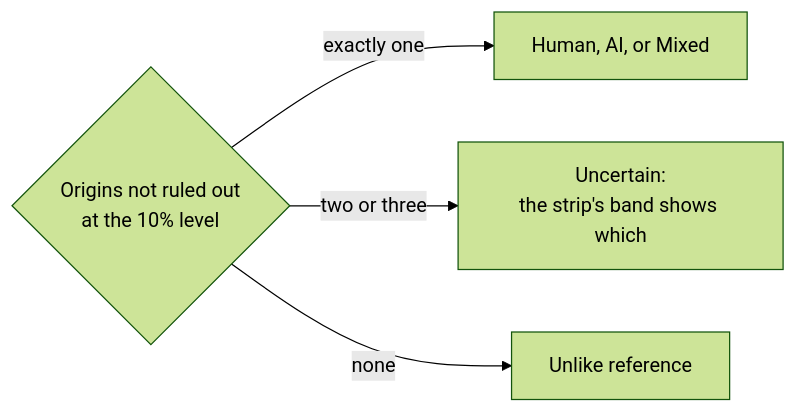
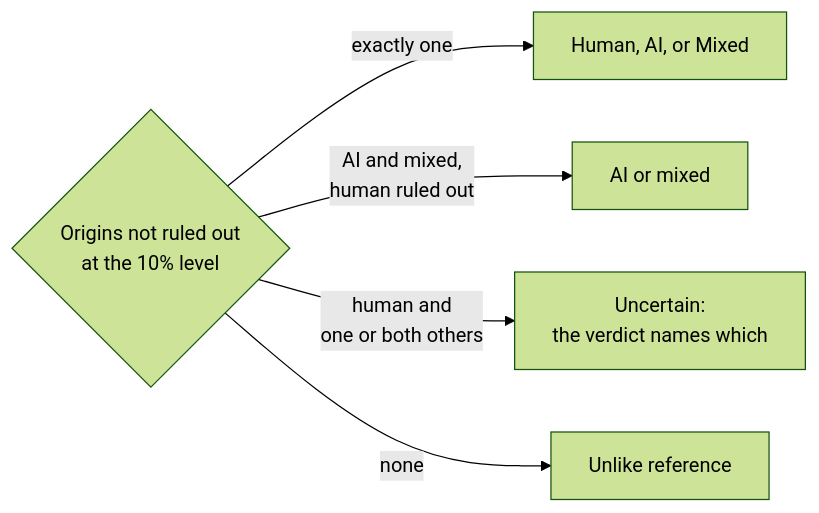
One commit to lhallee/litmus changed the diagram in docs/training/calibration.md. Above: the diagram before and after it, drawn with Mermaid (forest theme). The commit also changed other lines of this file and 131 other files, not shown here.

````diff
--- a/docs/training/calibration.md
+++ b/docs/training/calibration.md
@@ -88,6 +90,7 @@
 ```mermaid
 flowchart LR
   S{"Origins not ruled out<br>at the 10% level"} -->|"exactly one"| A["Human, AI, or Mixed"]
-  S -->|"two or three"| B["Uncertain:<br>the strip's band shows which"]
+  S -->|"AI and mixed,<br>human ruled out"| D["AI or mixed"]
+  S -->|"human and<br>one or both others"| B["Uncertain:<br>the verdict names which"]
   S -->|"none"| C["Unlike reference"]
 ```
````
